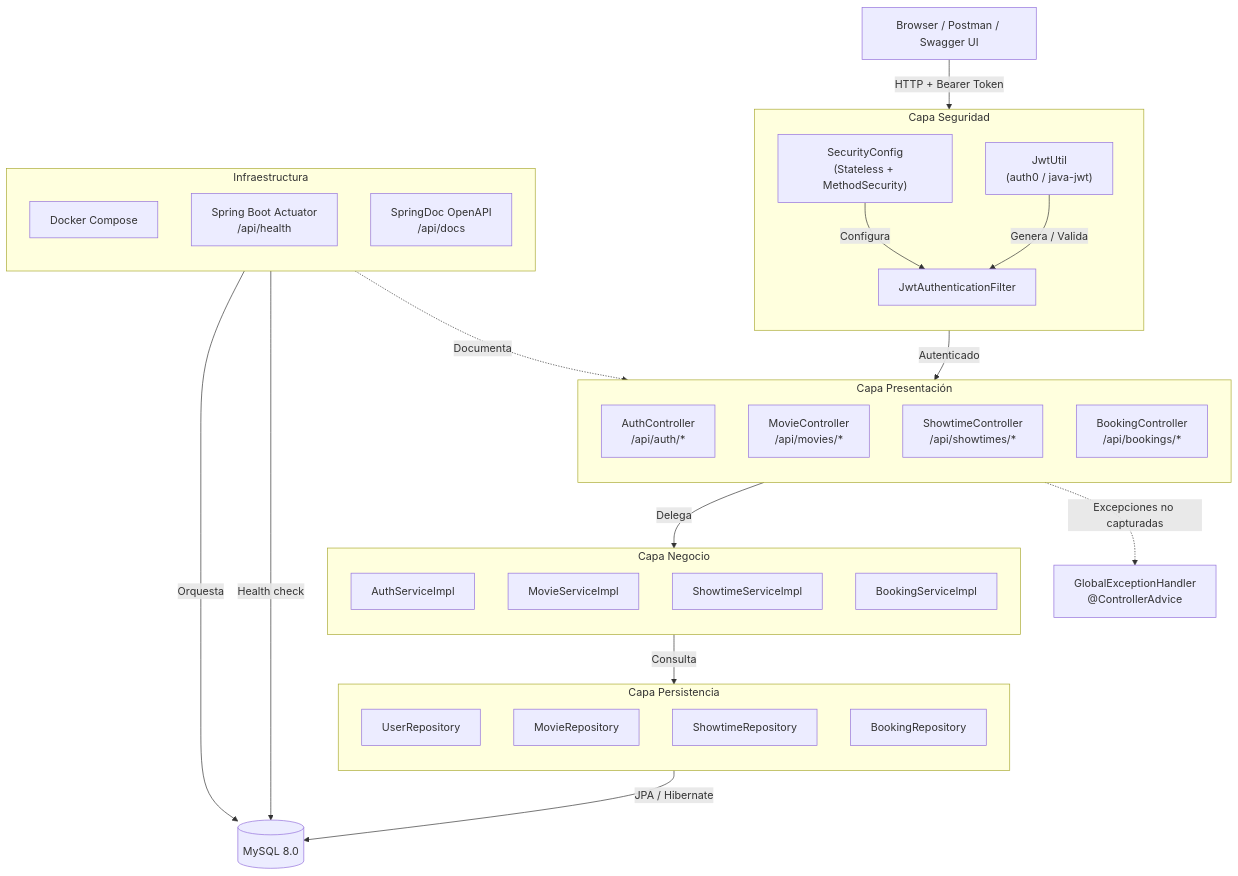
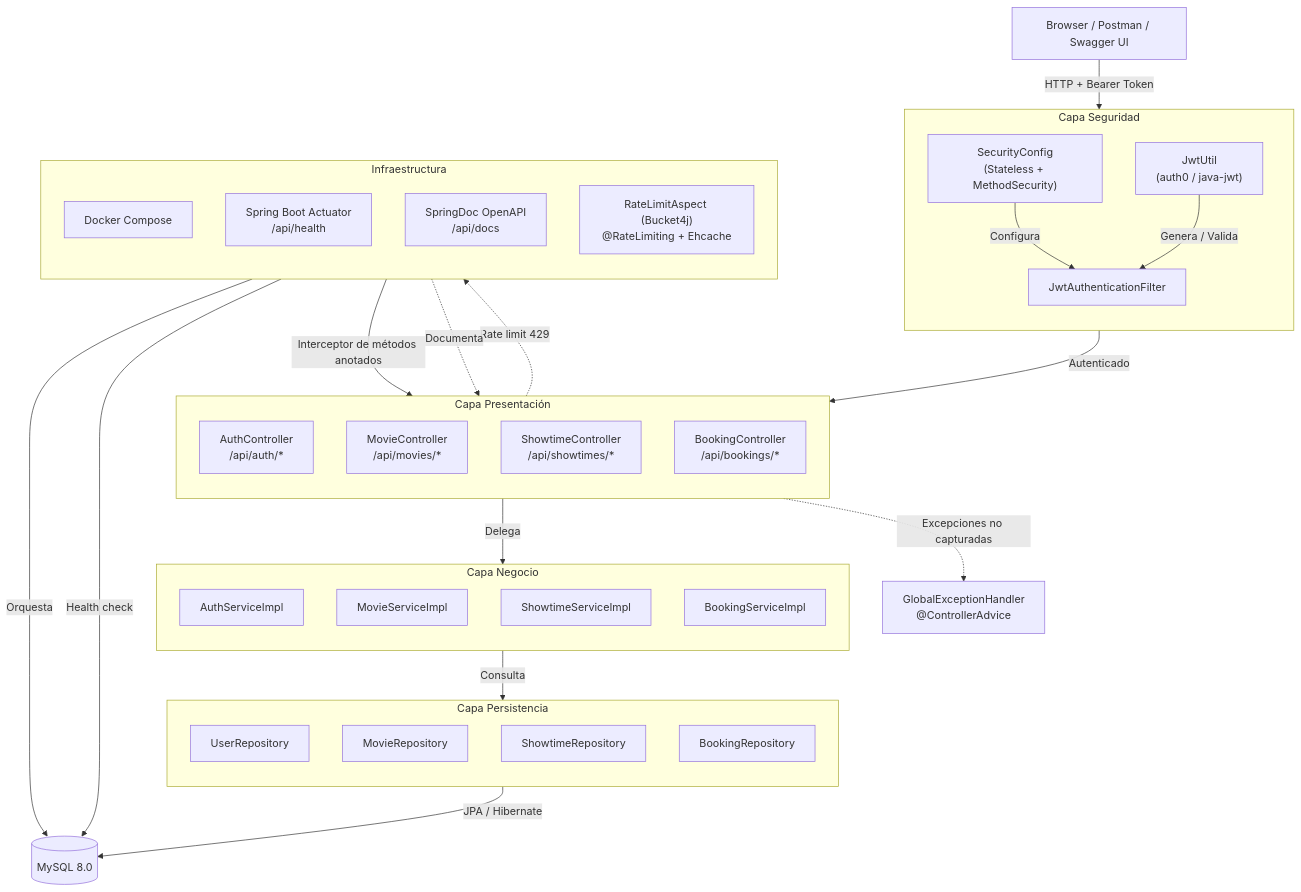
Before and after one commit to Krlos02E/retoCP-backend: the diagram in ARCHITECTURE.md, drawn with Mermaid. The commit also changed other lines of this file and 12 other files, not shown here.

Commit message:
added rate limiting

````diff
--- a/ARCHITECTURE.md
+++ b/ARCHITECTURE.md
@@ -31,61 +31,64 @@
 ```mermaid
 graph TD
     Cliente["Browser / Postman / Swagger UI"]
 
     subgraph Seguridad["Capa Seguridad"]
         direction TB
         JwtFilter["JwtAuthenticationFilter"]
         SecConfig["SecurityConfig<br/>(Stateless + MethodSecurity)"]
         JwtUtil["JwtUtil<br/>(auth0 / java-jwt)"]
     end
 
     subgraph Presentacion["Capa Presentación"]
         direction TB
         AuthCtrl["AuthController<br/>/api/auth/*"]
         MovieCtrl["MovieController<br/>/api/movies/*"]
         ShowCtrl["ShowtimeController<br/>/api/showtimes/*"]
         BookCtrl["BookingController<br/>/api/bookings/*"]
     end
 
     ExcHandler["GlobalExceptionHandler<br/>@ControllerAdvice"]
 
     subgraph Negocio["Capa Negocio"]
         direction TB
         AuthSvc["AuthServiceImpl"]
         MovieSvc["MovieServiceImpl"]
         ShowSvc["ShowtimeServiceImpl"]
         BookSvc["BookingServiceImpl"]
     end
 
     subgraph Persistencia["Capa Persistencia"]
         direction TB
         UserRepo["UserRepository"]
         MovieRepo["MovieRepository"]
         ShowRepo["ShowtimeRepository"]
         BookRepo["BookingRepository"]
     end
 
     BD[(MySQL 8.0)]
 
     subgraph Infra["Infraestructura"]
         direction TB
         Docker["Docker Compose"]
         Actuator["Spring Boot Actuator<br/>/api/health"]
         Swagger["SpringDoc OpenAPI<br/>/api/docs"]
+        RateLimit["RateLimitAspect (Bucket4j)<br/>@RateLimiting + Ehcache"]
     end
 
     Cliente -->|HTTP + Bearer Token| JwtFilter
     JwtFilter -->|Autenticado| Presentacion
     SecConfig -->|Configura| JwtFilter
     JwtUtil -->|Genera / Valida| JwtFilter
 
+    Presentacion -.->|Rate limit 429| RateLimit
+    RateLimit -->|Interceptor de métodos anotados| Presentacion
     Presentacion -->|Delega| Negocio
     Negocio -->|Consulta| Persistencia
     Persistencia -->|JPA / Hibernate| BD
 
     Docker -->|Orquesta| BD
     Actuator -->|Health check| BD
 
     Presentacion -.->|Excepciones no capturadas| ExcHandler
     Swagger -.->|Documenta| Presentacion
 ```
````
